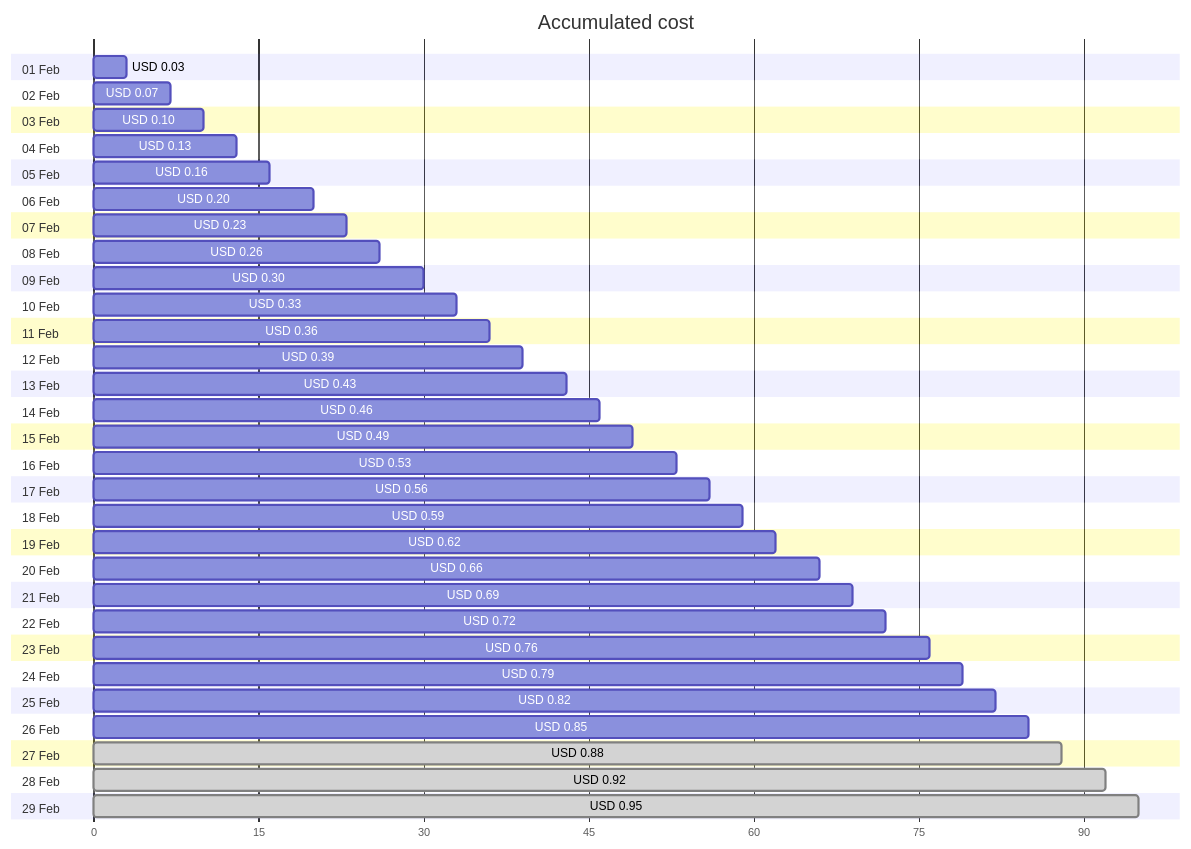
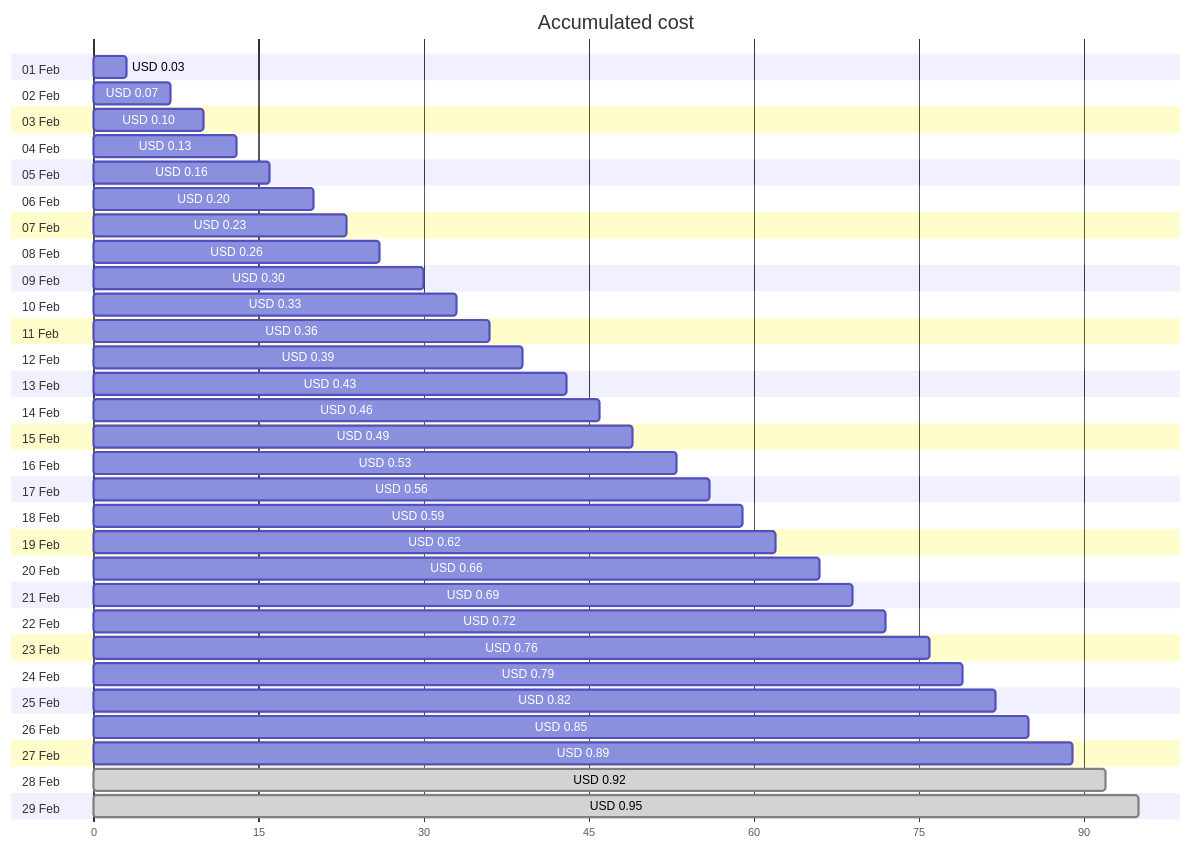
One commit to jpfulton/azure-personal-reports changed the first of 4 diagrams in cost-reports/personal-dns/README.md. Above: the diagram before and after it, drawn with Mermaid. The commit also changed other lines of this file and 2 other files, not shown here.

````diff
--- a/cost-reports/personal-dns/README.md
+++ b/cost-reports/personal-dns/README.md
@@ -20,64 +20,64 @@
 ```mermaid
 gantt
    title Accumulated cost
    dateFormat  X
    axisFormat %s
    section 01 Feb
    USD 0.03 :0, 3
    section 02 Feb
    USD 0.07 :0, 7
    section 03 Feb
    USD 0.10 :0, 10
    section 04 Feb
    USD 0.13 :0, 13
    section 05 Feb
    USD 0.16 :0, 16
    section 06 Feb
    USD 0.20 :0, 20
    section 07 Feb
    USD 0.23 :0, 23
    section 08 Feb
    USD 0.26 :0, 26
    section 09 Feb
    USD 0.30 :0, 30
    section 10 Feb
    USD 0.33 :0, 33
    section 11 Feb
    USD 0.36 :0, 36
    section 12 Feb
    USD 0.39 :0, 39
    section 13 Feb
    USD 0.43 :0, 43
    section 14 Feb
    USD 0.46 :0, 46
    section 15 Feb
    USD 0.49 :0, 49
    section 16 Feb
    USD 0.53 :0, 53
    section 17 Feb
    USD 0.56 :0, 56
    section 18 Feb
    USD 0.59 :0, 59
    section 19 Feb
    USD 0.62 :0, 62
    section 20 Feb
    USD 0.66 :0, 66
    section 21 Feb
    USD 0.69 :0, 69
    section 22 Feb
    USD 0.72 :0, 72
    section 23 Feb
    USD 0.76 :0, 76
    section 24 Feb
    USD 0.79 :0, 79
    section 25 Feb
    USD 0.82 :0, 82
    section 26 Feb
    USD 0.85 :0, 85
    section 27 Feb
-   USD 0.88 : done, 0, 88
+   USD 0.89 :0, 89
    section 28 Feb
    USD 0.92 : done, 0, 92
    section 29 Feb
    USD 0.95 : done, 0, 95
 ```
````
